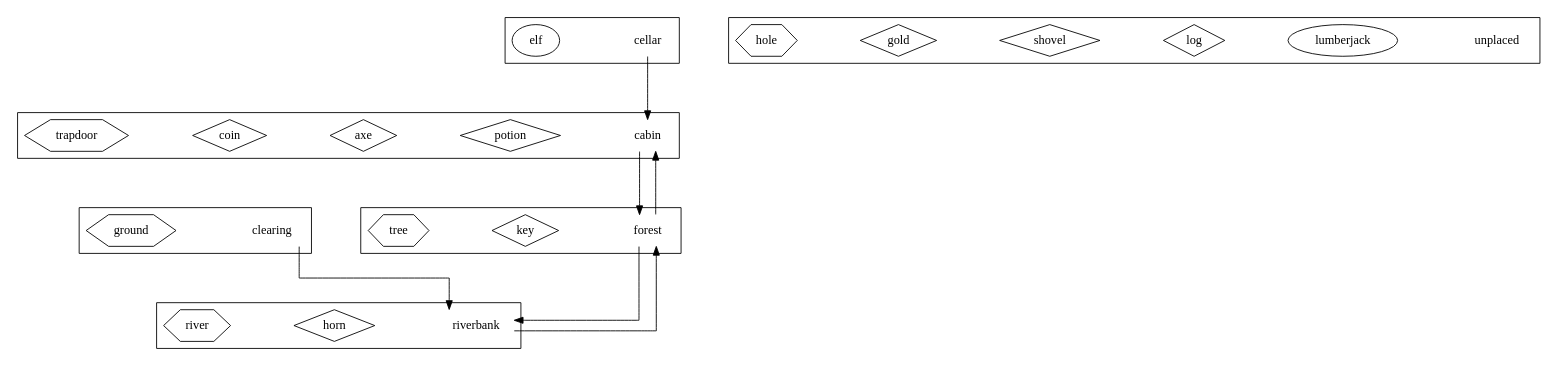
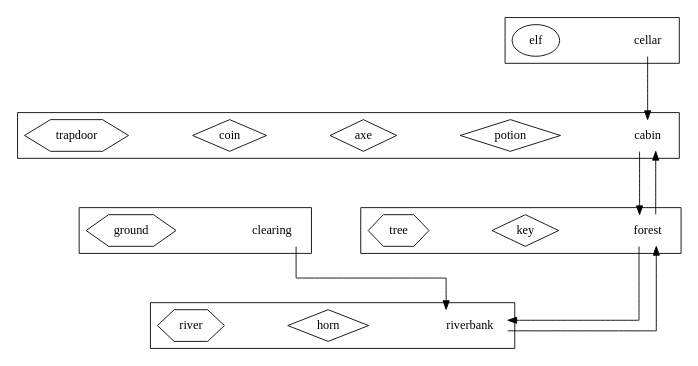
The diagram in Weeks 8-12 - STAG/STAG/data/extended-entities.dot (hs14428/Java), drawn with Graphviz before and after one commit. The commit also changed 84 other files, not shown here.

```diff
--- a/Weeks 8-12 - STAG/STAG/data/extended-entities.dot
+++ b/Weeks 8-12 - STAG/STAG/data/extended-entities.dot
@@ -1,99 +1,99 @@
 digraph layout {
     /* ortho splines just makes the arrows into straight lines (rather than curvy ones !) */
     splines = ortho;
     /* space everything out a bit to make it easier to see (for larger models) */
     graph [ranksep="1" nodesep="1"];
     node [shape = "rect"];
 
     subgraph locations {
 
         subgraph cluster001 {
             node [shape = "none"];
             cabin [description = "A log cabin in the woods"];
             subgraph artefacts {
                 node [shape = "diamond"];
                 potion [description = "A bottle of magic potion"];
                 axe [description = "A razor sharp axe"];
                 coin [description = "A silver coin"];
             }
             subgraph furniture {
                 node [shape = "hexagon"];
                 trapdoor [description = "A locked wooden trapdoor in the floor"];
             }
         }
 
         subgraph cluster002 {
             node [shape = "none"];
             forest [description = "A deep dark forest"];
             subgraph artefacts {
                 node [shape = "diamond"];
                 key [description = "A rusty old key"];
             }
             subgraph furniture {
                 node [shape = "hexagon"];
                 tree [description = "A tall pine tree"];
             }
         }
 
         subgraph cluster003 {
             node [shape = "none"];
             cellar [description = "A dusty cellar"]
             subgraph characters {
                 node [shape = "ellipse"];
                 elf [description = "An angry looking Elf"];
             }
         }
 
         subgraph cluster004 {
             node [shape = "none"];
             riverbank [description = "A grassy riverbank"]
             subgraph artefacts {
                 node [shape = "diamond"];
                 horn [description = "An old brass horn"];
             }
             subgraph furniture {
                 node [shape = "hexagon"];
                 river [description = "A fast flowing river"];
             }
         }
 
         subgraph cluster005 {
             node [shape = "none"];
             clearing [description = "A clearing in the woods"]
             subgraph furniture {
                 node [shape = "hexagon"];
                 ground [description = "It looks like the soil has been recently disturbed"];
             }
         }
 
-        subgraph cluster999 {
-            node [shape = "none"];
-            unplaced [description = "Storage for any entities not placed in the game"]
-            subgraph characters {
-                node [shape = "ellipse"];
-                lumberjack [description = "A burly wood cutter"];
-            }
-            subgraph artefacts {
-                node [shape = "diamond"];
-                log [description = "A heavy wooden log"];
-                shovel [description = "A sturdy shovel"];
-                gold [description = "A big pot of gold"];
-            }
-            subgraph furniture {
-                node [shape = "hexagon"];
-                hole [description = "A deep hole in the ground"];
-            }
-        }
+//        subgraph cluster999 {
+//            node [shape = "none"];
+//            unplaced [description = "Storage for any entities not placed in the game"]
+//            subgraph characters {
+//                node [shape = "ellipse"];
+//                lumberjack [description = "A burly wood cutter"];
+//            }
+//            subgraph artefacts {
+//                node [shape = "diamond"];
+//                log [description = "A heavy wooden log"];
+//                shovel [description = "A sturdy shovel"];
+//                gold [description = "A big pot of gold"];
+//            }
+//            subgraph furniture {
+//                node [shape = "hexagon"];
+//                hole [description = "A deep hole in the ground"];
+//            }
+//        }
 
     }
 
     subgraph paths {
         cabin -> forest;
         forest -> cabin;
         cellar -> cabin;
         forest -> riverbank
         riverbank -> forest
         clearing -> riverbank
     }
 
 }
```
